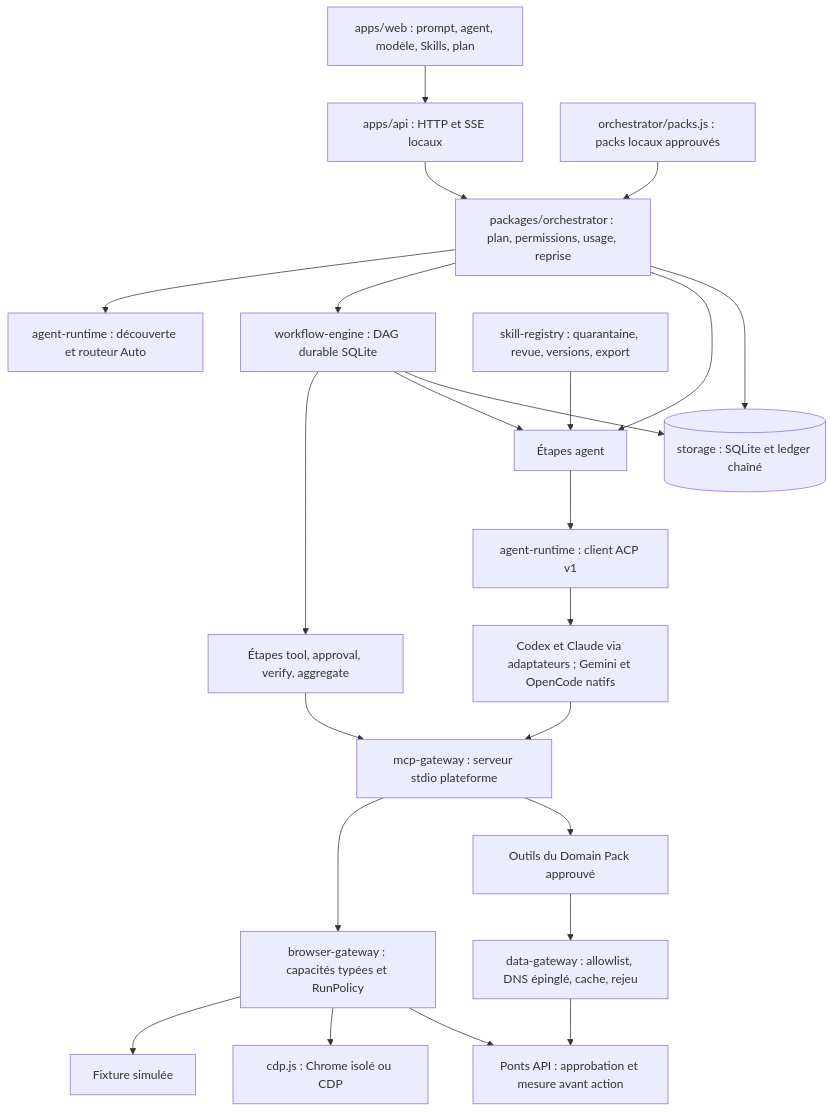
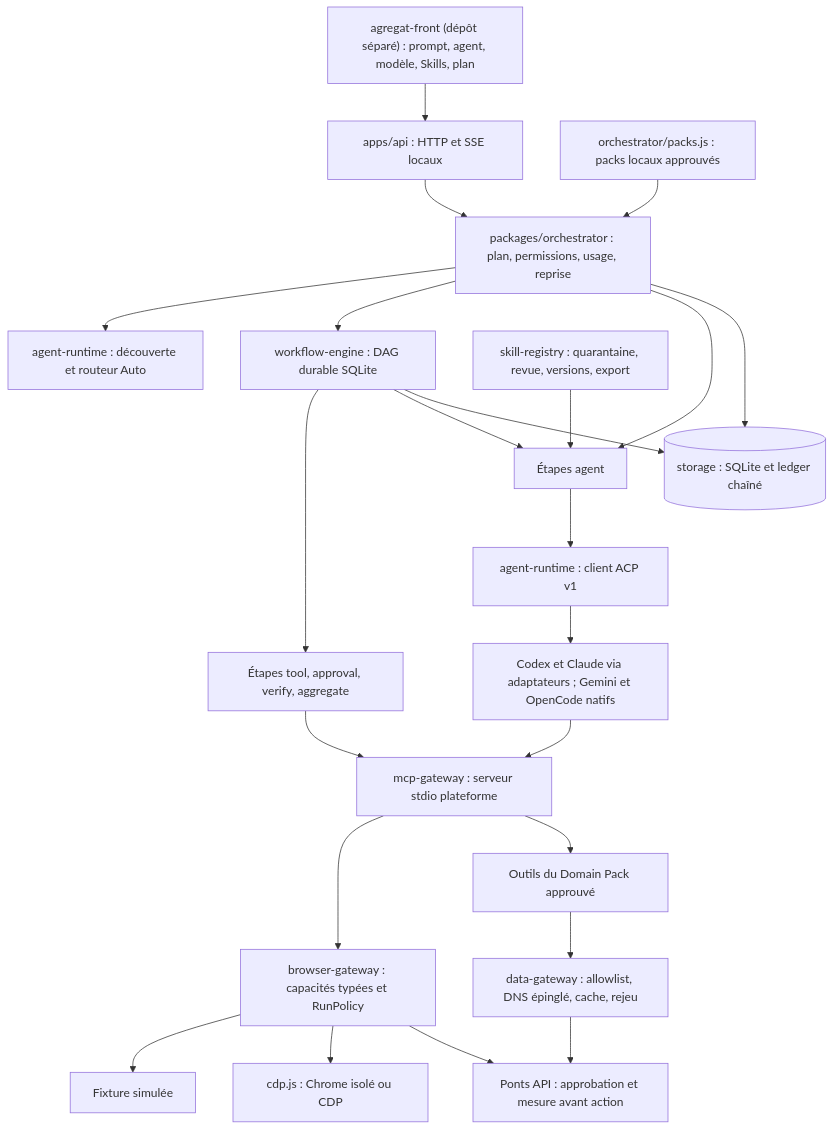
Before and after one commit to bachirdw/agregat-back-git: the first of 3 diagrams in docs/architecture.md, drawn with Mermaid. The commit also changed other lines of this file and 13 other files, not shown here.

Commit message:
Supprimer l'ancienne interface apps/web : un seul front (agregat-front), la racine de l'API renvoie vers 5173

````diff
--- a/docs/architecture.md
+++ b/docs/architecture.md
@@ -12,25 +12,25 @@
 ```mermaid
 flowchart TD
-  UI["apps/web : prompt, agent, modèle, Skills, plan"] --> API["apps/api : HTTP et SSE locaux"]
+  UI["agregat-front (dépôt séparé) : prompt, agent, modèle, Skills, plan"] --> API["apps/api : HTTP et SSE locaux"]
   API --> ORCH["packages/orchestrator : plan, permissions, usage, reprise"]
   ORCH --> ROUTER["agent-runtime : découverte et routeur Auto"]
   ORCH --> DAG["workflow-engine : DAG durable SQLite"]
   DAG --> TOOL["Étapes tool, approval, verify, aggregate"]
   DAG --> AGENT["Étapes agent"]
   ORCH --> AGENT
   AGENT --> ACP["agent-runtime : client ACP v1"]
   ACP --> CLI["Codex et Claude via adaptateurs ; Gemini et OpenCode natifs"]
   CLI --> MCP["mcp-gateway : serveur stdio plateforme"]
   TOOL --> MCP
   MCP --> BG["browser-gateway : capacités typées et RunPolicy"]
   MCP --> PACK["Outils du Domain Pack approuvé"]
   PACK --> DG["data-gateway : allowlist, DNS épinglé, cache, rejeu"]
   BG --> FIX["Fixture simulée"]
   BG --> CDP["cdp.js : Chrome isolé ou CDP"]
   BG --> BRIDGE["Ponts API : approbation et mesure avant action"]
   DG --> BRIDGE
   SK["skill-registry : quarantaine, revue, versions, export"] --> AGENT
   REG["orchestrator/packs.js : packs locaux approuvés"] --> ORCH
   ORCH --> DB[("storage : SQLite et ledger chaîné")]
   DAG --> DB
 ```
````
